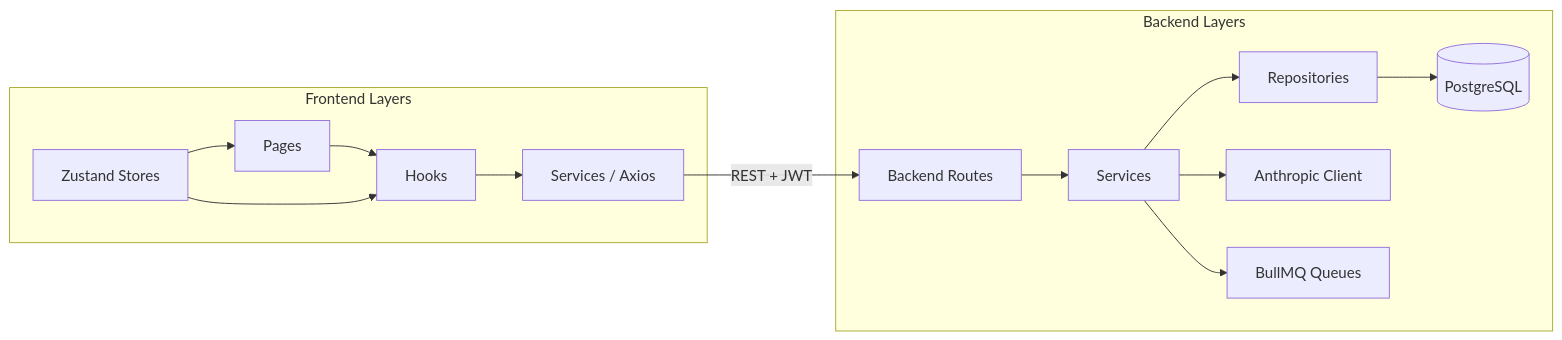
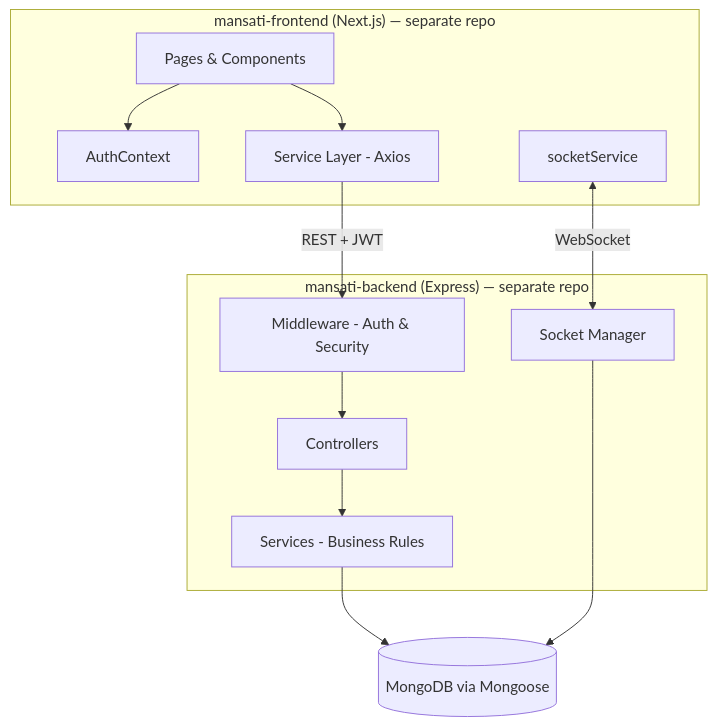
The first of 3 diagrams in README.md (mohammed-dev-stack/ai-workflow-orchestrator), drawn with Mermaid before and after one commit. The commit also changed other lines of this file, not shown here.

````diff
--- a/README.md
+++ b/README.md
@@ -159,17 +83,25 @@
 ```mermaid
-graph LR
-    subgraph "Frontend Layers"
-        FP[Pages] --> FH[Hooks]
-        FH --> FS[Services / Axios]
-        FZ[Zustand Stores] --> FP
-        FZ --> FH
+graph TB
+    subgraph Client["mansati-frontend (Next.js) — separate repo"]
+        UI[Pages & Components]
+        CTX[AuthContext]
+        SVC_FE[Service Layer - Axios]
+        SOCK_FE[socketService]
     end
-    FS -->|REST + JWT| BR[Backend Routes]
-    subgraph "Backend Layers"
-        BR --> BS[Services]
-        BS --> BREPO[Repositories]
-        BREPO --> BDB[(PostgreSQL)]
-        BS --> BAI[Anthropic Client]
-        BS --> BQ[BullMQ Queues]
+
+    subgraph Server["mansati-backend (Express) — separate repo"]
+        MW[Middleware - Auth & Security]
+        CTRL[Controllers]
+        SVC_BE[Services - Business Rules]
+        SOCK_BE[Socket Manager]
     end
+
+    DB[(MongoDB via Mongoose)]
+
+    UI --> SVC_FE
+    UI --> CTX
+    SVC_FE -- REST + JWT --> MW
+    SOCK_FE <-- WebSocket --> SOCK_BE
+    MW --> CTRL --> SVC_BE --> DB
+    SOCK_BE --> DB
 ```
````
